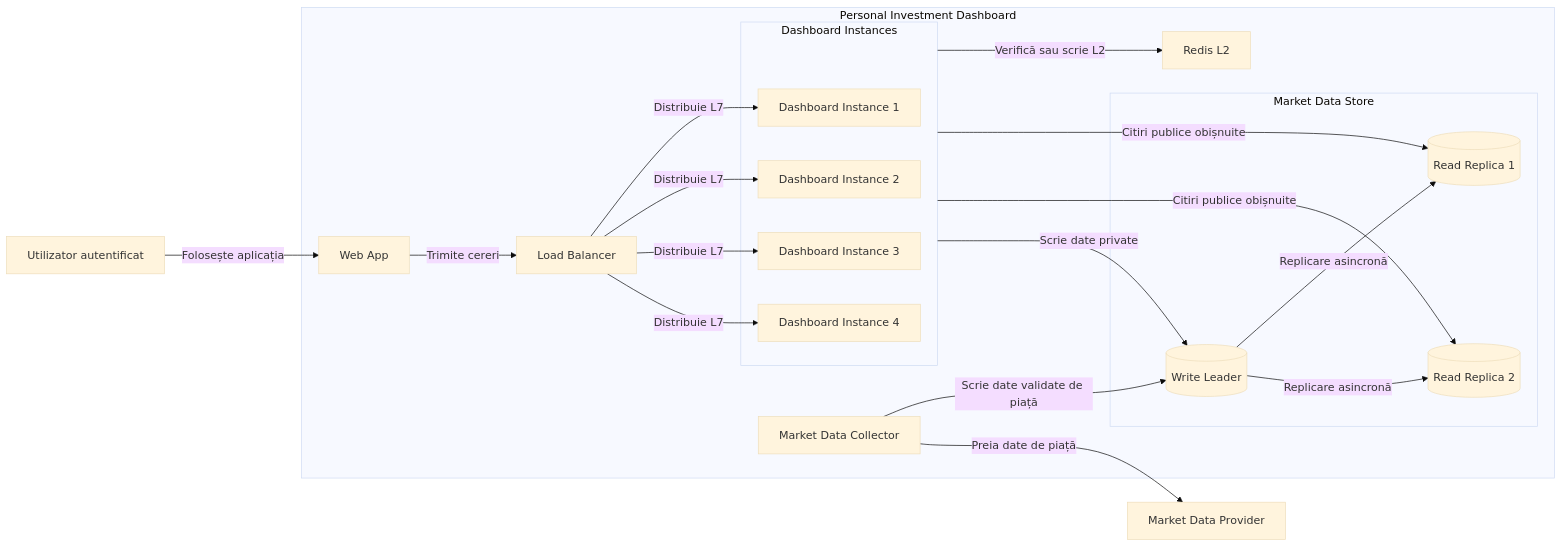
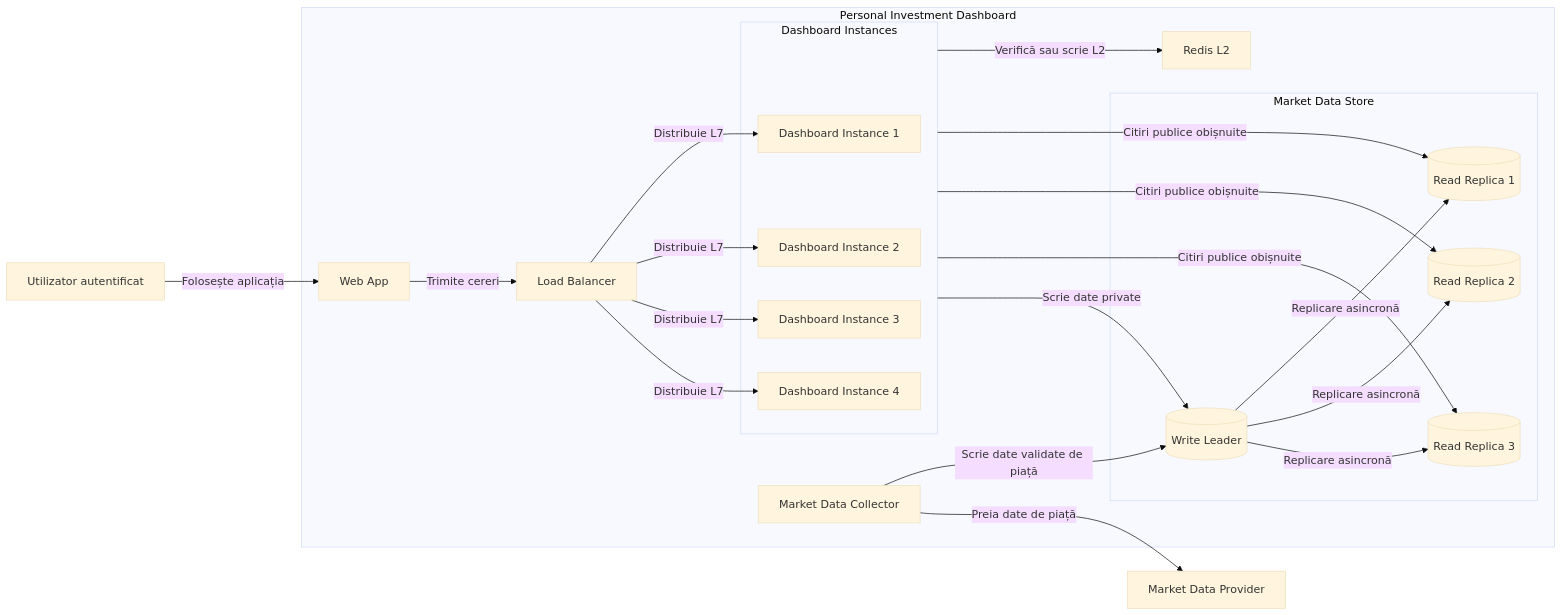
The first of 3 diagrams in SD/lab 4/README.md (victor10520/system-design-labs), drawn with Mermaid (base theme) before and after one commit. The commit also changed other lines of this file, not shown here.

Commit message:
add third read replica to market data store for N-1 redundancy

````diff
--- a/SD/lab 4/README.md
+++ b/SD/lab 4/README.md
@@ -66,44 +69,47 @@
 ```mermaid
 flowchart LR
     user["Utilizator autentificat"]
     provider["Market Data Provider"]
 
     subgraph pid["Personal Investment Dashboard"]
         web["Web App"]
         lb["Load Balancer"]
 
         subgraph cluster["Dashboard Instances"]
             app1["Dashboard Instance 1"]
             app2["Dashboard Instance 2"]
             app3["Dashboard Instance 3"]
             app4["Dashboard Instance 4"]
         end
 
         redis["Redis L2"]
         collector["Market Data Collector"]
 
         subgraph db["Market Data Store"]
             leader[("Write Leader")]
             rep1[("Read Replica 1")]
             rep2[("Read Replica 2")]
+            rep3[("Read Replica 3")]
 
             leader -->|"Replicare asincronă"| rep1
             leader -->|"Replicare asincronă"| rep2
+            leader -->|"Replicare asincronă"| rep3
         end
 
         web -->|"Trimite cereri"| lb
         lb -->|"Distribuie L7"| app1
         lb -->|"Distribuie L7"| app2
         lb -->|"Distribuie L7"| app3
         lb -->|"Distribuie L7"| app4
 
         cluster -->|"Verifică sau scrie L2"| redis
         cluster -->|"Citiri publice obișnuite"| rep1
         cluster -->|"Citiri publice obișnuite"| rep2
+        cluster -->|"Citiri publice obișnuite"| rep3
         cluster -->|"Scrie date private"| leader
         collector -->|"Scrie date validate de piață"| leader
     end
 
     user -->|"Folosește aplicația"| web
     collector -->|"Preia date de piață"| provider
 ```
````
